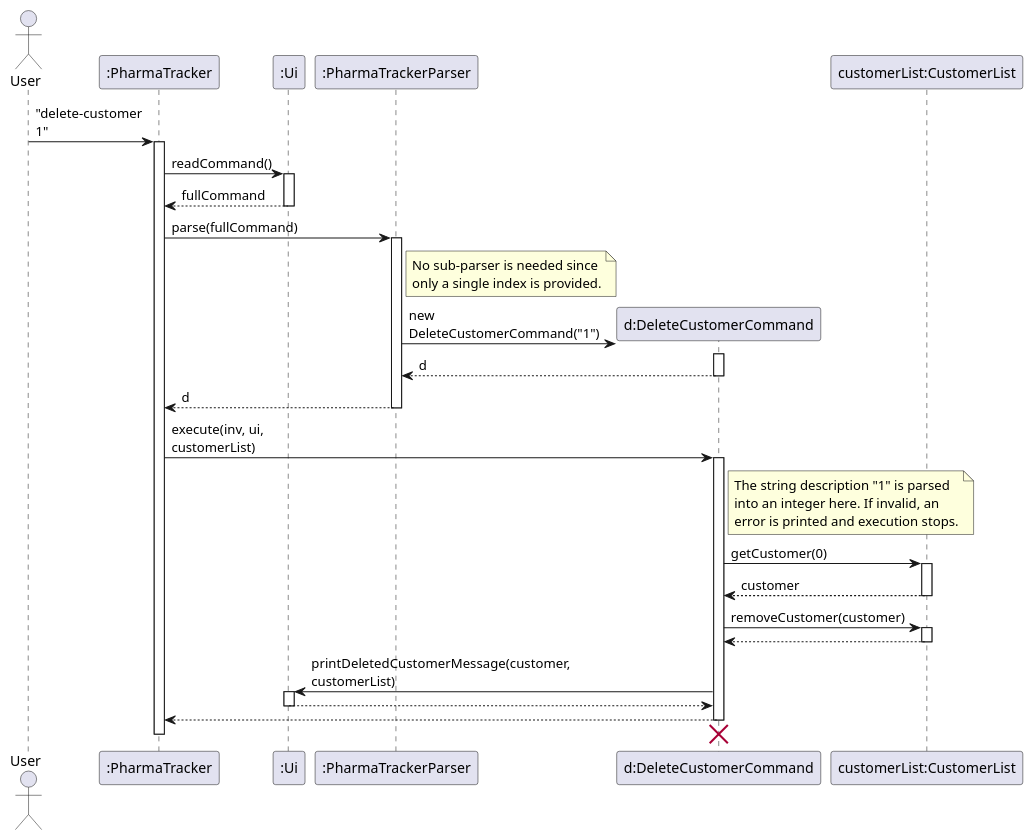
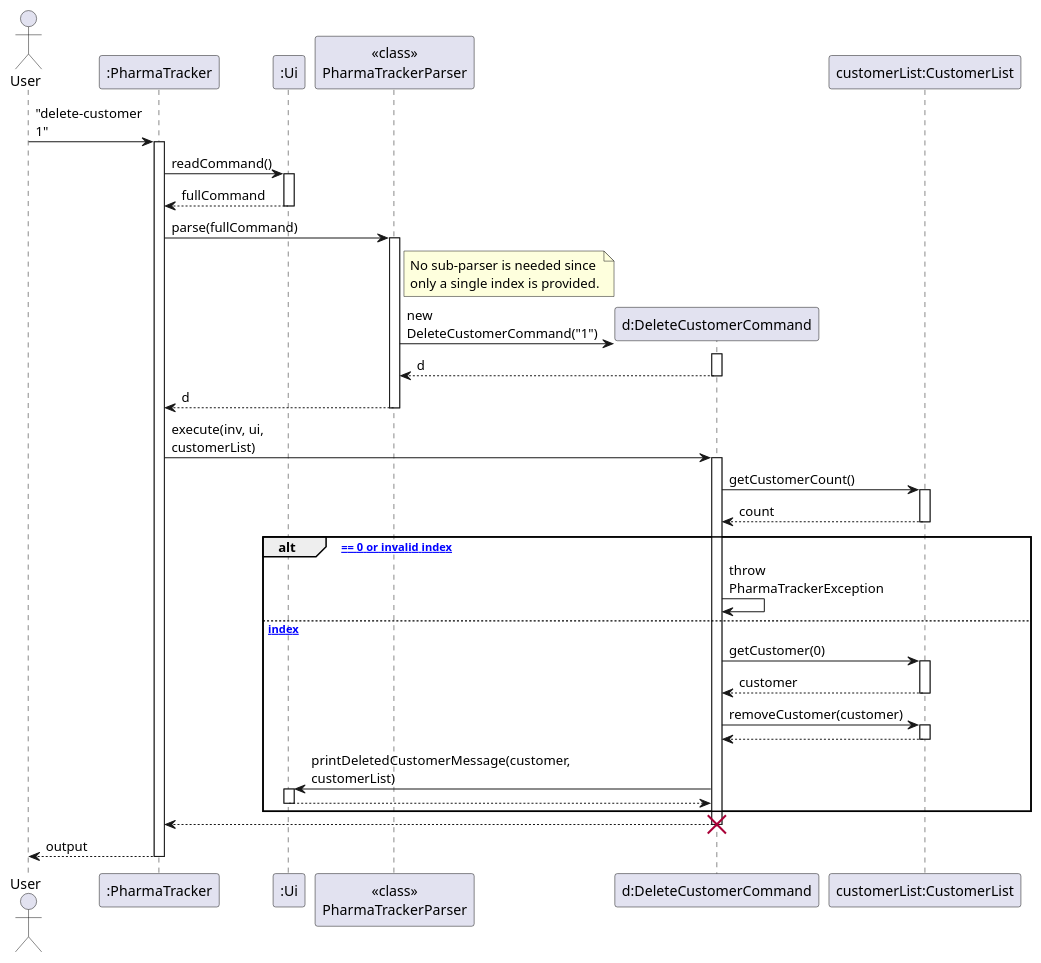
Before and after one commit to alsonsim/tp: the diagram in docs/diagrams/DeleteCustomerCommandSequence.puml, drawn with PlantUML. The commit also changed 1 other file, not shown here.

Commit message:
Update DeleteCustomerCommand sequence diagram

```diff
--- a/docs/diagrams/DeleteCustomerCommandSequence.puml
+++ b/docs/diagrams/DeleteCustomerCommandSequence.puml
@@ -1,67 +1,70 @@
 @startuml
 skinparam ArrowFontStyle plain
 skinparam maxMessageSize 100
 
 actor User
 participant ":PharmaTracker" as PharmaTracker
 participant ":Ui" as Ui
-participant ":PharmaTrackerParser" as PTP
+participant "<<class>>\nPharmaTrackerParser" as PTP
 participant "d:DeleteCustomerCommand" as DeleteCustCmd
 participant "customerList:CustomerList" as CustomerList
 
 User -> PharmaTracker : "delete-customer 1"
 activate PharmaTracker
 
 PharmaTracker -> Ui : readCommand()
 activate Ui
 Ui --> PharmaTracker : fullCommand
 deactivate Ui
 
 PharmaTracker -> PTP : parse(fullCommand)
 activate PTP
 
 note right of PTP
   No sub-parser is needed since
   only a single index is provided.
 end note
 
 create DeleteCustCmd
 PTP -> DeleteCustCmd : new DeleteCustomerCommand("1")
 activate DeleteCustCmd
 DeleteCustCmd --> PTP : d
 deactivate DeleteCustCmd
 
 PTP --> PharmaTracker : d
 deactivate PTP
 
 PharmaTracker -> DeleteCustCmd : execute(inv, ui, customerList)
 activate DeleteCustCmd
 
-note right of DeleteCustCmd
-  The string description "1" is parsed
-  into an integer here. If invalid, an
-  error is printed and execution stops.
-end note
-
-DeleteCustCmd -> CustomerList : getCustomer(0)
+DeleteCustCmd -> CustomerList : getCustomerCount()
 activate CustomerList
-CustomerList --> DeleteCustCmd : customer
+CustomerList --> DeleteCustCmd : count
 deactivate CustomerList
 
-DeleteCustCmd -> CustomerList : removeCustomer(customer)
-activate CustomerList
-CustomerList --> DeleteCustCmd
-deactivate CustomerList
+alt [count == 0 or invalid index]
+    DeleteCustCmd -> DeleteCustCmd : throw PharmaTrackerException
+else [valid index]
+    DeleteCustCmd -> CustomerList : getCustomer(0)
+    activate CustomerList
+    CustomerList --> DeleteCustCmd : customer
+    deactivate CustomerList
 
-DeleteCustCmd -> Ui : printDeletedCustomerMessage(customer, customerList)
-activate Ui
-Ui --> DeleteCustCmd
-deactivate Ui
+    DeleteCustCmd -> CustomerList : removeCustomer(customer)
+    activate CustomerList
+    CustomerList --> DeleteCustCmd
+    deactivate CustomerList
+
+    DeleteCustCmd -> Ui : printDeletedCustomerMessage(customer, customerList)
+    activate Ui
+    Ui --> DeleteCustCmd
+    deactivate Ui
+end
 
 DeleteCustCmd --> PharmaTracker
 deactivate DeleteCustCmd
-DeleteCustCmd -[hidden]-> PTP
 destroy DeleteCustCmd
 
+PharmaTracker --> User : output
 deactivate PharmaTracker
 @enduml
```
